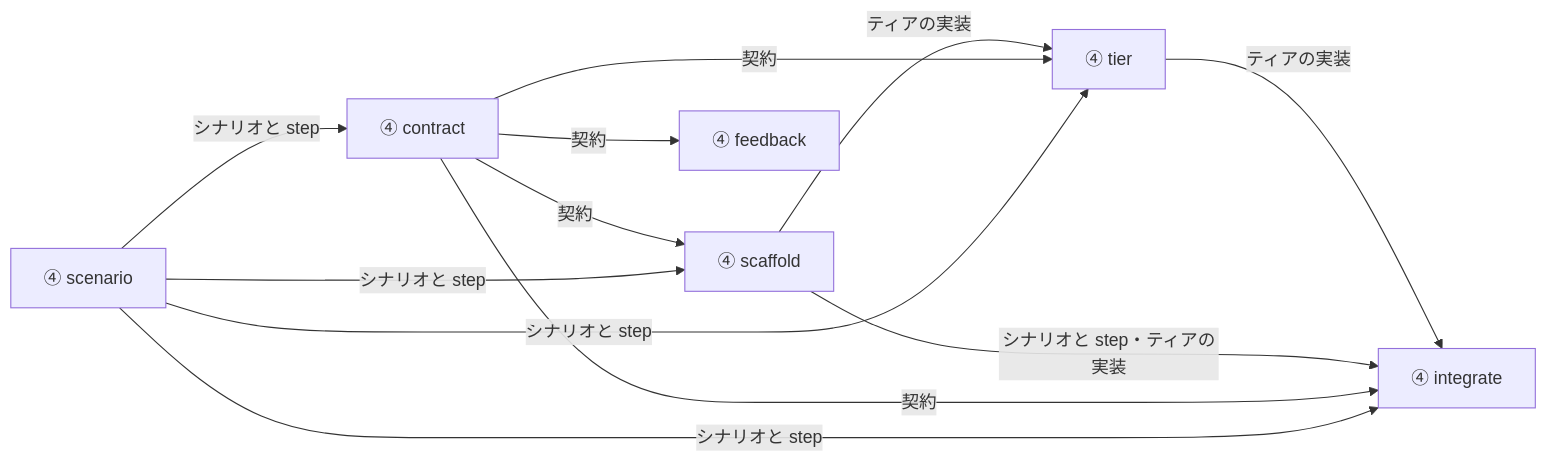
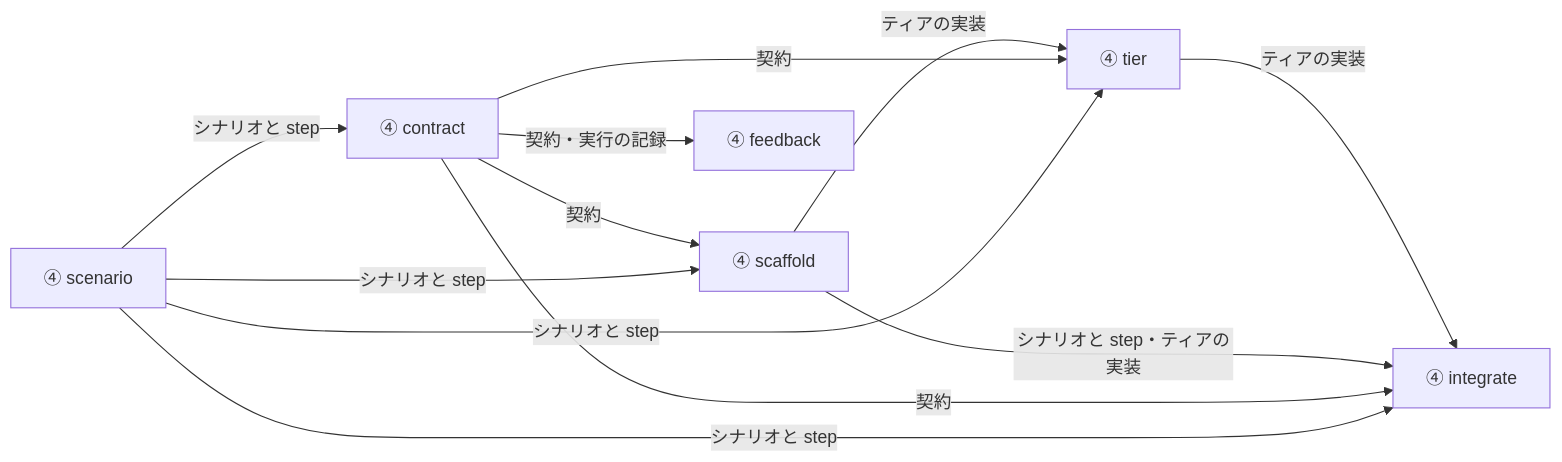
One commit to suwa-sh/suwa-sh-claude-plugins changed the second of 43 diagrams in plugins/distillery2/skills/d2-common/references/dataflow.md. Above: the diagram before and after it, drawn with Mermaid. The commit also changed other lines of this file and 20 other files, not shown here.

````diff
--- a/plugins/distillery2/skills/d2-common/references/dataflow.md
+++ b/plugins/distillery2/skills/d2-common/references/dataflow.md
@@ -55,20 +55,20 @@
 ```mermaid
 flowchart LR
   st_scenario["④ scenario"]
   st_contract["④ contract"]
   st_scaffold["④ scaffold"]
   st_tier["④ tier"]
   st_integrate["④ integrate"]
   st_feedback["④ feedback"]
   st_scenario -->|"シナリオと step"| st_contract
   st_scenario -->|"シナリオと step"| st_scaffold
   st_scenario -->|"シナリオと step"| st_tier
   st_scenario -->|"シナリオと step"| st_integrate
   st_contract -->|"契約"| st_scaffold
   st_contract -->|"契約"| st_tier
   st_contract -->|"契約"| st_integrate
-  st_contract -->|"契約"| st_feedback
+  st_contract -->|"契約・実行の記録"| st_feedback
   st_scaffold -->|"ティアの実装"| st_tier
   st_scaffold -->|"シナリオと step・ティアの実装"| st_integrate
   st_tier -->|"ティアの実装"| st_integrate
 ```
````
